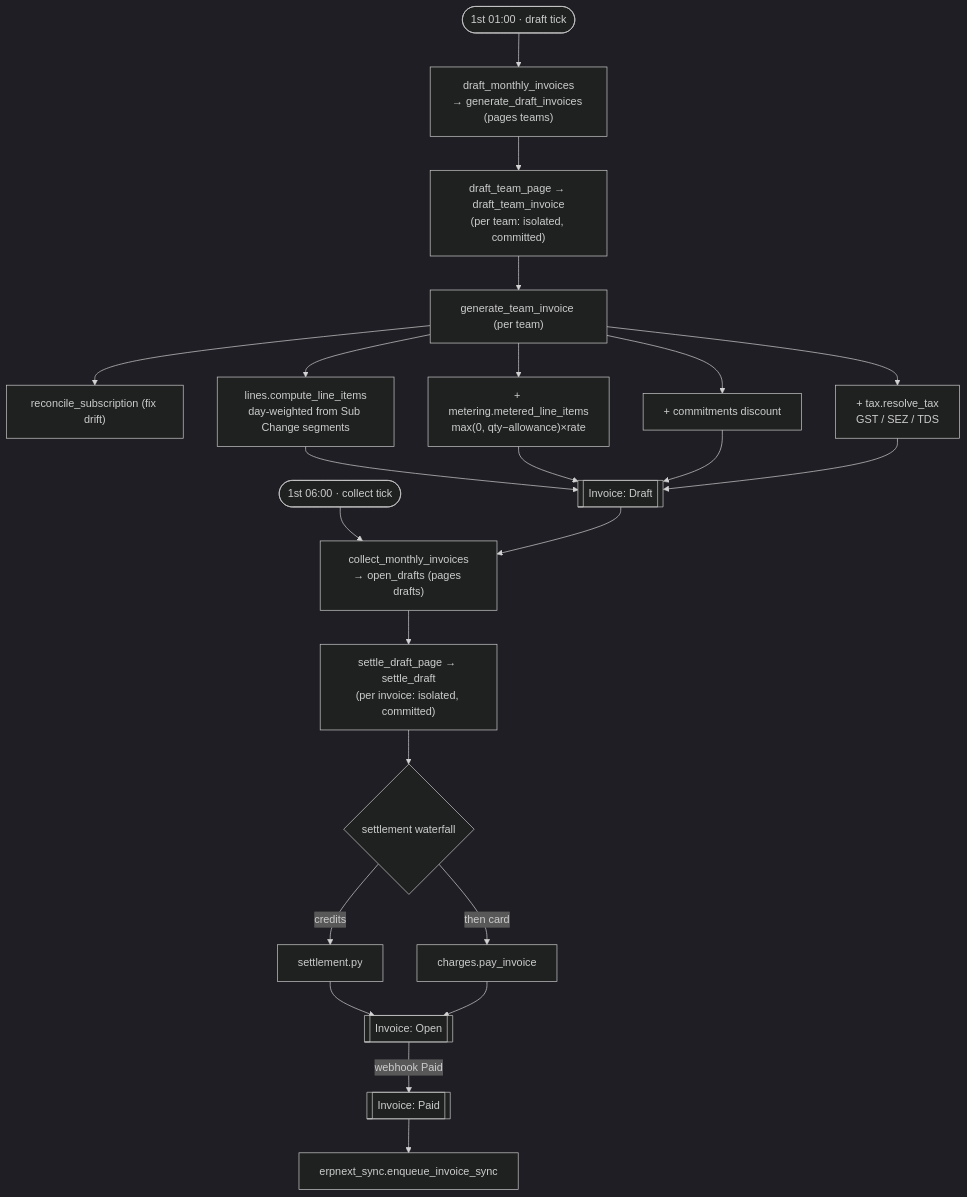
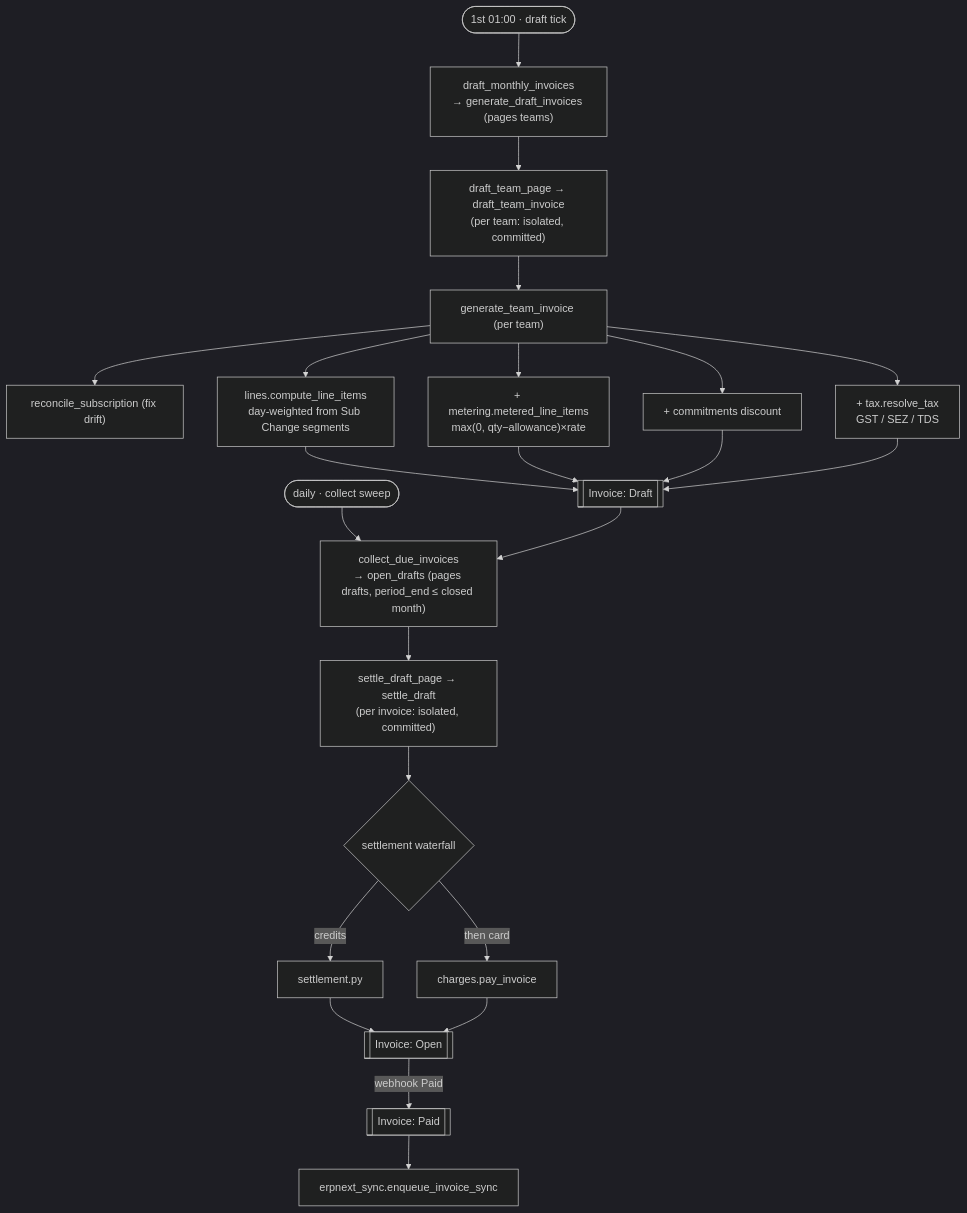
Before and after one commit to frappe/central: the fifth of 8 diagrams in central/billing/ARCHITECTURE.md, drawn with Mermaid (dark theme). The commit also changed other lines of this file and 4 other files, not shown here.

First line of the commit message:
billing: collect on a daily sweep, not a one-shot tick 5h after drafting

````diff
--- a/central/billing/ARCHITECTURE.md
+++ b/central/billing/ARCHITECTURE.md
@@ -341,22 +349,22 @@
 ```mermaid
 flowchart TD
     DRAFTTICK(["1st 01:00 · draft tick"]) --> GDI["draft_monthly_invoices<br/>→ generate_draft_invoices (pages teams)"]
     GDI --> DTI["draft_team_page → draft_team_invoice<br/>(per team: isolated, committed)"]
     DTI --> GTI["generate_team_invoice (per team)"]
     GTI --> RS["reconcile_subscription (fix drift)"]
     GTI --> LINES["lines.compute_line_items<br/>day-weighted from Sub Change segments"]
     GTI --> MET["+ metering.metered_line_items<br/>max(0, qty−allowance)×rate"]
     GTI --> DISC["+ commitments discount"]
     GTI --> TAX["+ tax.resolve_tax<br/>GST / SEZ / TDS"]
     LINES & MET & DISC & TAX --> DRAFT[["Invoice: Draft"]]
 
-    COLLECTTICK(["1st 06:00 · collect tick"]) --> OD["collect_monthly_invoices<br/>→ open_drafts (pages drafts)"]
+    COLLECTTICK(["daily · collect sweep"]) --> OD["collect_due_invoices<br/>→ open_drafts (pages drafts, period_end ≤ closed month)"]
     DRAFT --> OD
     OD --> OAC["settle_draft_page → settle_draft<br/>(per invoice: isolated, committed)"]
     OAC --> WF{"settlement waterfall"}
     WF -->|credits| CR["settlement.py"]
     WF -->|then card| CARD["charges.pay_invoice"]
     CR & CARD --> OPEN[["Invoice: Open"]]
     OPEN -->|webhook Paid| PAID[["Invoice: Paid"]]
     PAID --> SYNC["erpnext_sync.enqueue_invoice_sync"]
 ```
````
